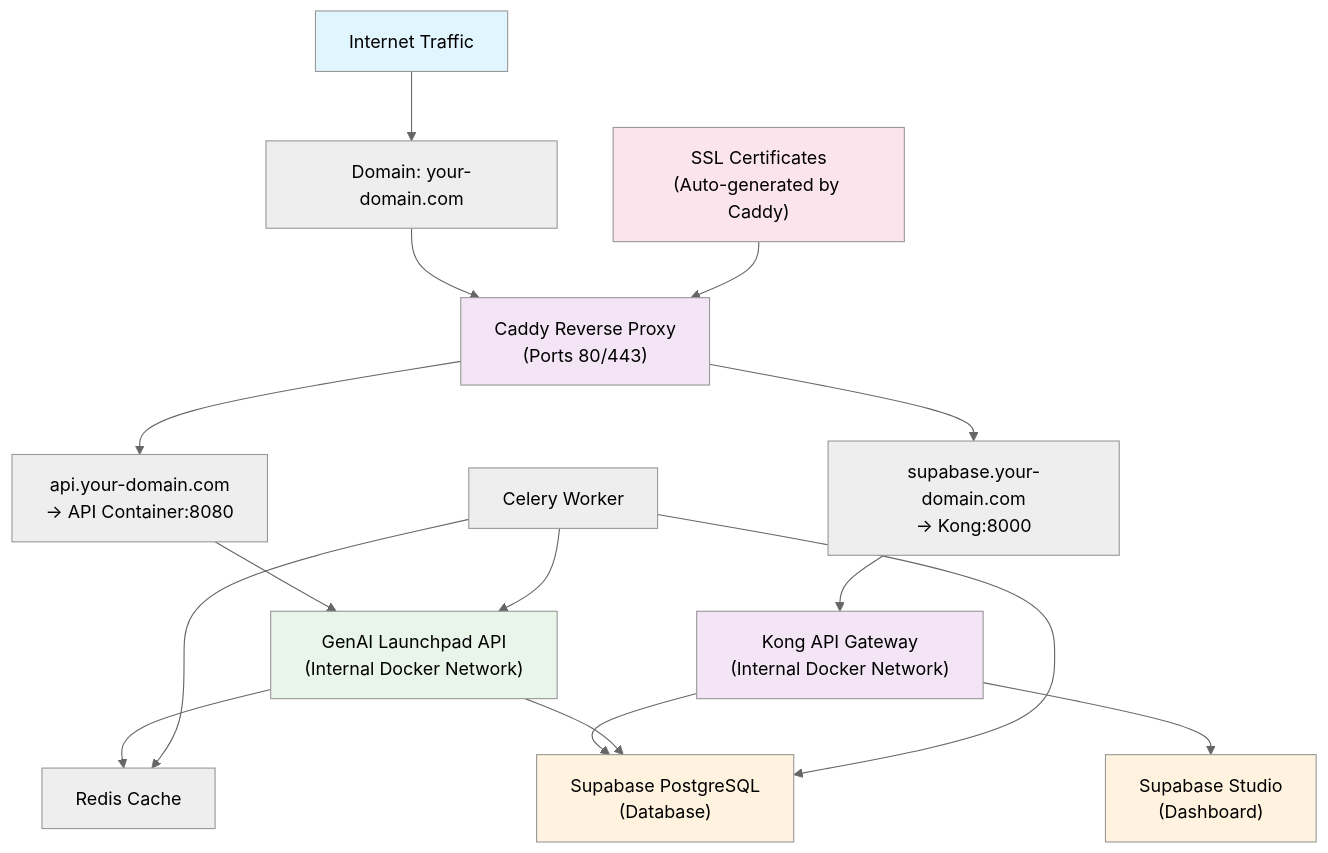
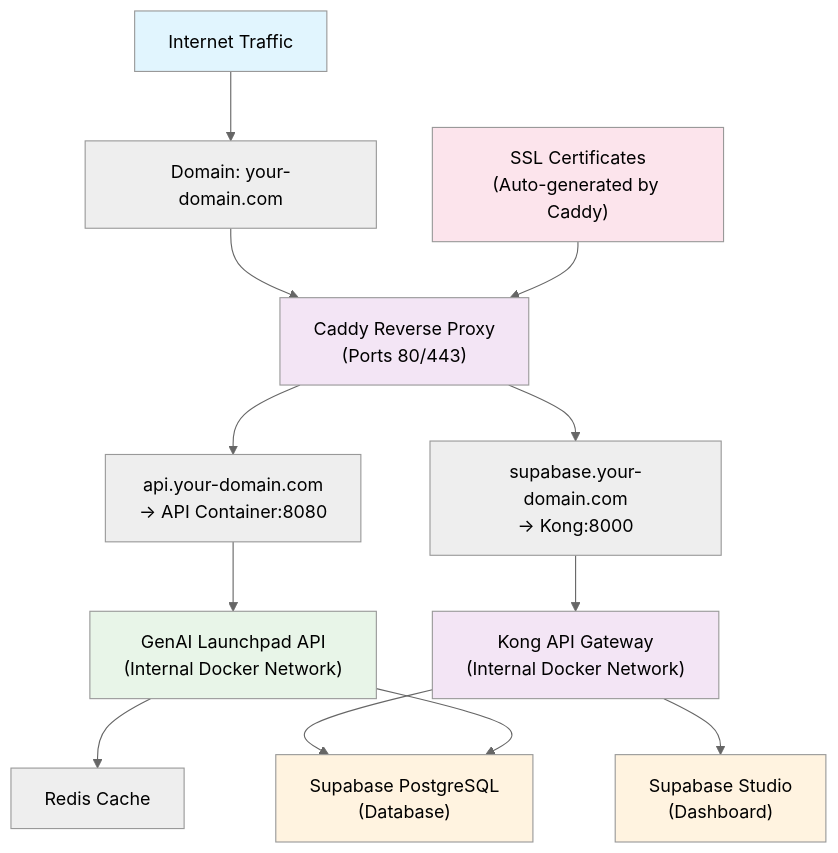
Before and after one commit to baronsengir007/Ai-Assistent-Nylas: the diagram in week-6/caddy/README.md, drawn with Mermaid.

Commit message:
Remove Celery Worker references from Caddy deployment diagram in README to simplify architecture representation.

````diff
--- a/week-6/caddy/README.md
+++ b/week-6/caddy/README.md
@@ -27,35 +27,32 @@
 ```mermaid
 ---
 config:
   theme: neutral
   look: classic
 ---
 graph TB
     A["Internet Traffic"] --> B["Domain: your-domain.com"]
     B --> C["Caddy Reverse Proxy<br/>(Ports 80/443)"]
     
     C --> D["api.your-domain.com<br/>→ API Container:8080"]
     C --> E["supabase.your-domain.com<br/>→ Kong:8000"]
     
     D --> F["GenAI Launchpad API<br/>(Internal Docker Network)"]
     E --> G["Kong API Gateway<br/>(Internal Docker Network)"]
     
     G --> H["Supabase Studio<br/>(Dashboard)"]
     G --> M["Supabase PostgreSQL<br/>(Database)"]
     
     F --> N["Redis Cache"]
     F --> M
-    O["Celery Worker"] --> F
-    O --> M
-    O --> N
     
     P["SSL Certificates<br/>(Auto-generated by Caddy)"] --> C
     
     style A fill:#e1f5fe
     style C fill:#f3e5f5
     style F fill:#e8f5e8
     style G fill:#f3e5f5
     style H fill:#fff3e0
     style M fill:#fff3e0
     style P fill:#fce4ec
 ```
````
